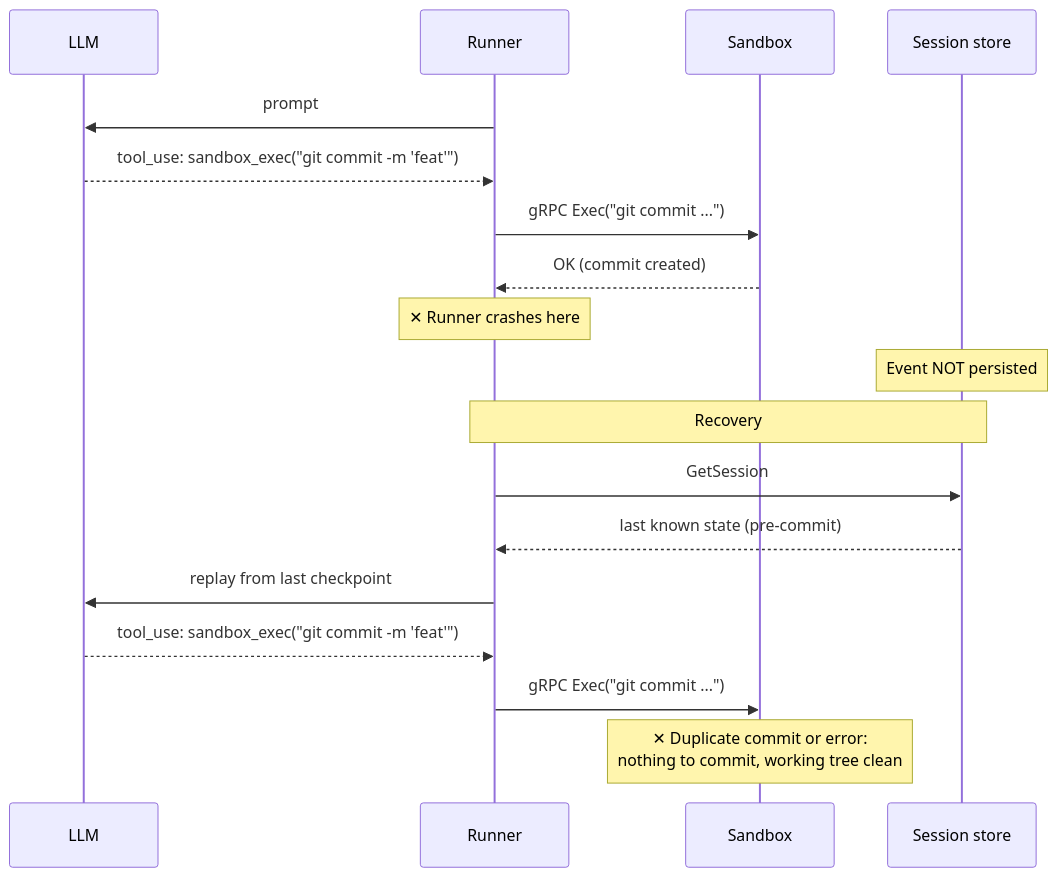
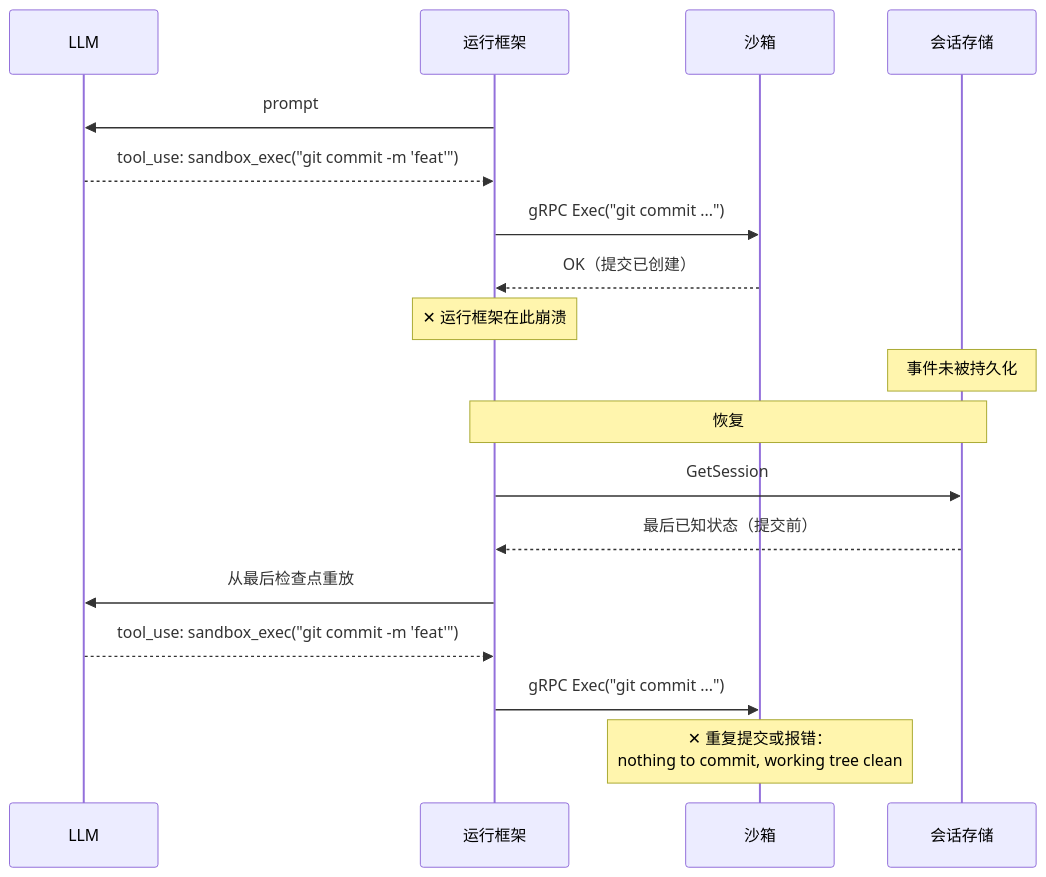
Before and after one commit to latere-ai/ai-as-an-infrastructure: the first of 4 diagrams in zh/p5-orchestration/22-memory-systems.qmd, drawn with Mermaid. The commit also changed other lines of this file and 73 other files, not shown here.

First line of the commit message:
book: add concept diagrams across all chapters, bilingual

````diff
--- a/zh/p5-orchestration/22-memory-systems.qmd
+++ b/zh/p5-orchestration/22-memory-systems.qmd
@@ -25,22 +25,24 @@
 ```{mermaid}
+%%| label: fig-memory-crash-replay
+%%| fig-cap: "在副作用与持久化之间崩溃，会使重放重新发出一次非幂等的提交，这是意图与结果之缝隙最纯粹的形式。"
 sequenceDiagram
     participant LLM
-    participant R as Runner
-    participant SB as Sandbox
-    participant SS as Session store
+    participant R as 运行框架
+    participant SB as 沙箱
+    participant SS as 会话存储
 
     R->>LLM: prompt
     LLM-->>R: tool_use: sandbox_exec("git commit -m 'feat'")
     R->>SB: gRPC Exec("git commit ...")
-    SB-->>R: OK (commit created)
-    Note over R: ✕ Runner crashes here
-    Note over SS: Event NOT persisted
+    SB-->>R: OK（提交已创建）
+    Note over R: ✕ 运行框架在此崩溃
+    Note over SS: 事件未被持久化
 
-    Note over R,SS: Recovery
+    Note over R,SS: 恢复
     R->>SS: GetSession
-    SS-->>R: last known state (pre-commit)
-    R->>LLM: replay from last checkpoint
+    SS-->>R: 最后已知状态（提交前）
+    R->>LLM: 从最后检查点重放
     LLM-->>R: tool_use: sandbox_exec("git commit -m 'feat'")
     R->>SB: gRPC Exec("git commit ...")
-    Note over SB: ✕ Duplicate commit or error:<br/>nothing to commit, working tree clean
+    Note over SB: ✕ 重复提交或报错：<br/>nothing to commit, working tree clean
 ```
````
